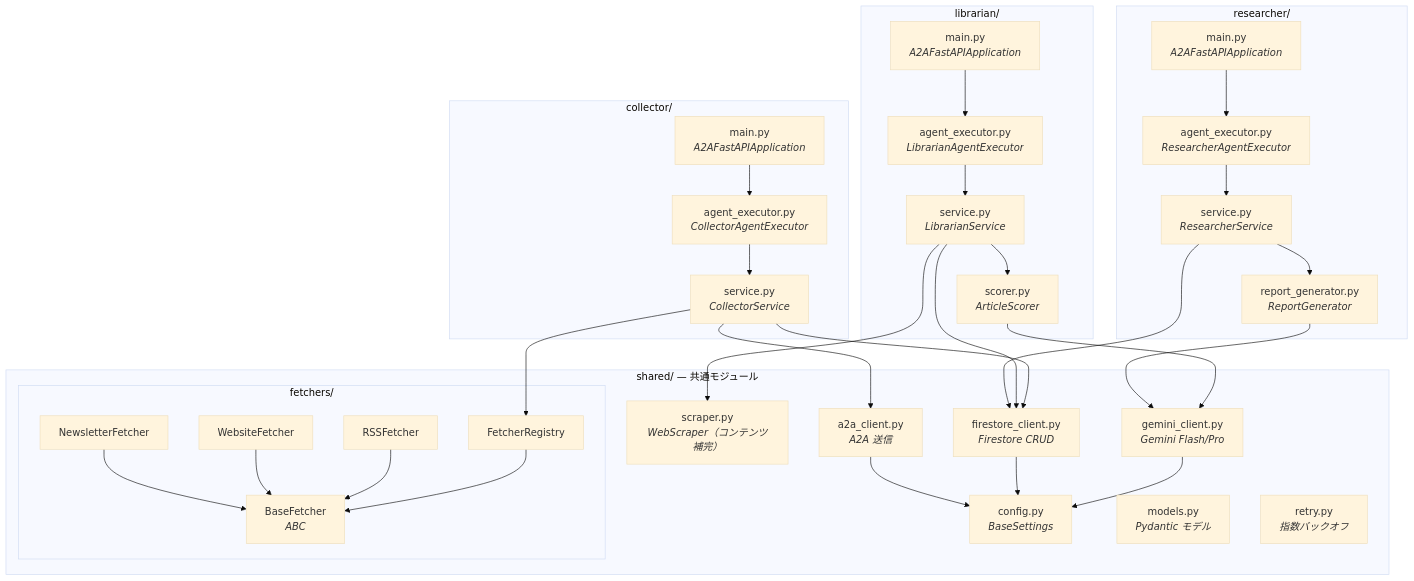
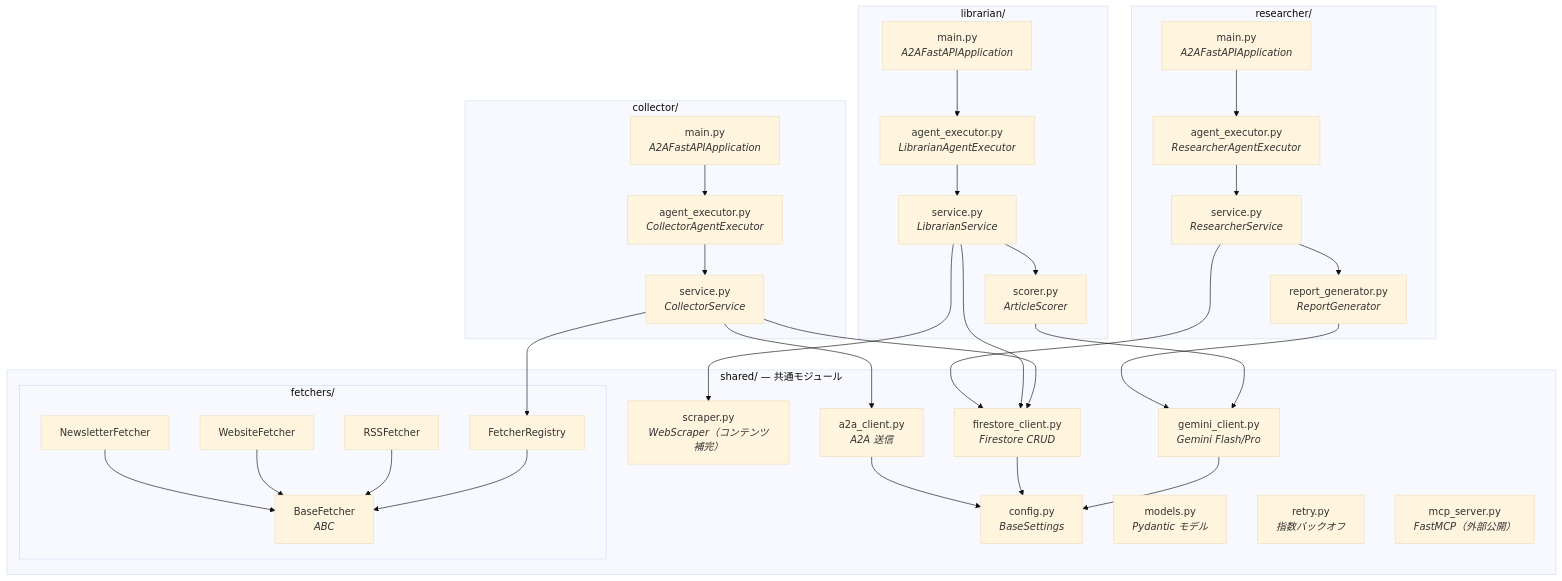
The second of 2 diagrams in docs/backend/implementation.md (Renz0043/curation-persona), drawn with Mermaid (base theme) before and after one commit. The commit also changed other lines of this file and 6 other files, not shown here.

````diff
--- a/docs/backend/implementation.md
+++ b/docs/backend/implementation.md
@@ -98,65 +98,66 @@
 ```mermaid
 graph TB
     subgraph shared ["shared/ — 共通モジュール"]
         config["config.py<br/><i>BaseSettings</i>"]
         models["models.py<br/><i>Pydantic モデル</i>"]
         firestore_client["firestore_client.py<br/><i>Firestore CRUD</i>"]
         a2a_client["a2a_client.py<br/><i>A2A 送信</i>"]
         gemini_client["gemini_client.py<br/><i>Gemini Flash/Pro</i>"]
         scraper["scraper.py<br/><i>WebScraper（コンテンツ補完）</i>"]
         retry["retry.py<br/><i>指数バックオフ</i>"]
+        mcp["mcp_server.py<br/><i>FastMCP（外部公開）</i>"]
 
         subgraph fetchers ["fetchers/"]
             base["BaseFetcher<br/><i>ABC</i>"]
             registry["FetcherRegistry"]
             rss["RSSFetcher"]
             website["WebsiteFetcher"]
             newsletter["NewsletterFetcher"]
         end
     end
 
     subgraph collector ["collector/"]
         c_main["main.py<br/><i>A2AFastAPIApplication</i>"]
         c_executor["agent_executor.py<br/><i>CollectorAgentExecutor</i>"]
         c_service["service.py<br/><i>CollectorService</i>"]
     end
 
     subgraph librarian ["librarian/"]
         l_main["main.py<br/><i>A2AFastAPIApplication</i>"]
         l_executor["agent_executor.py<br/><i>LibrarianAgentExecutor</i>"]
         l_service["service.py<br/><i>LibrarianService</i>"]
         l_scorer["scorer.py<br/><i>ArticleScorer</i>"]
     end
 
     subgraph researcher ["researcher/"]
         r_main["main.py<br/><i>A2AFastAPIApplication</i>"]
         r_executor["agent_executor.py<br/><i>ResearcherAgentExecutor</i>"]
         r_service["service.py<br/><i>ResearcherService</i>"]
         r_report["report_generator.py<br/><i>ReportGenerator</i>"]
     end
 
     c_main --> c_executor --> c_service
     c_service --> firestore_client
     c_service --> a2a_client
     c_service --> registry
 
     l_main --> l_executor --> l_service
     l_service --> firestore_client
     l_service --> l_scorer
     l_service --> scraper
     l_scorer --> gemini_client
 
     r_main --> r_executor --> r_service
     r_service --> firestore_client
     r_service --> r_report
     r_report --> gemini_client
 
     registry --> base
     rss --> base
     website --> base
     newsletter --> base
 
     gemini_client --> config
     firestore_client --> config
     a2a_client --> config
 ```
````
